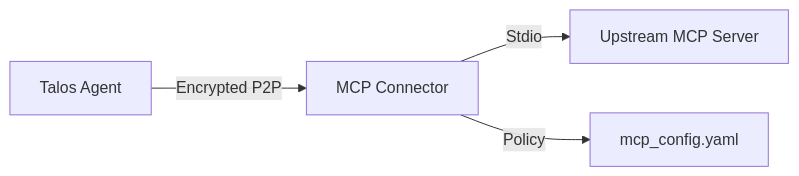
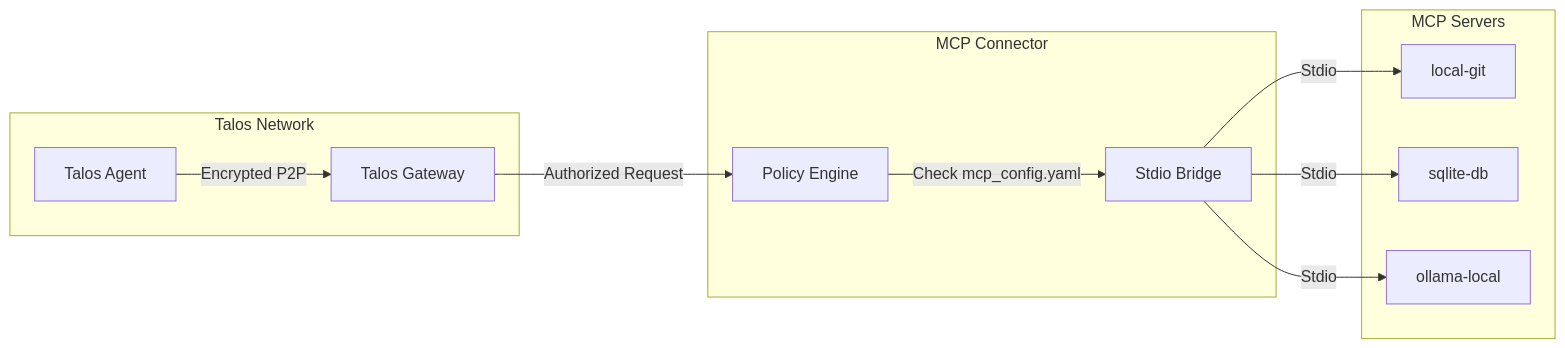
Before and after one commit to talosprotocol/talos-mcp-connector: the diagram in README.md, drawn with Mermaid. The commit also changed other lines of this file and 2 other files, not shown here.

Commit message:
docs: Add comprehensive wiki documentation and significantly expand README with detailed architecture, configuration, and security information.

````diff
--- a/README.md
+++ b/README.md
@@ -9,6 +28,25 @@
 ```mermaid
 graph LR
-    Agent[Talos Agent] -->|Encrypted P2P| Connector[MCP Connector]
-    Connector -->|Stdio| Server[Upstream MCP Server]
-    Connector -->|Policy| Config[mcp_config.yaml]
+    subgraph Talos Network
+        Agent[Talos Agent]
+        Gateway[Talos Gateway]
+    end
+    
+    subgraph Connector ["MCP Connector"]
+        Policy[Policy Engine]
+        Bridge[Stdio Bridge]
+    end
+    
+    subgraph MCP Servers
+        Git[local-git]
+        SQLite[sqlite-db]
+        Ollama[ollama-local]
+    end
+    
+    Agent -->|"Encrypted P2P"| Gateway
+    Gateway -->|"Authorized Request"| Policy
+    Policy -->|"Check mcp_config.yaml"| Bridge
+    Bridge -->|"Stdio"| Git
+    Bridge -->|"Stdio"| SQLite
+    Bridge -->|"Stdio"| Ollama
 ```
````
